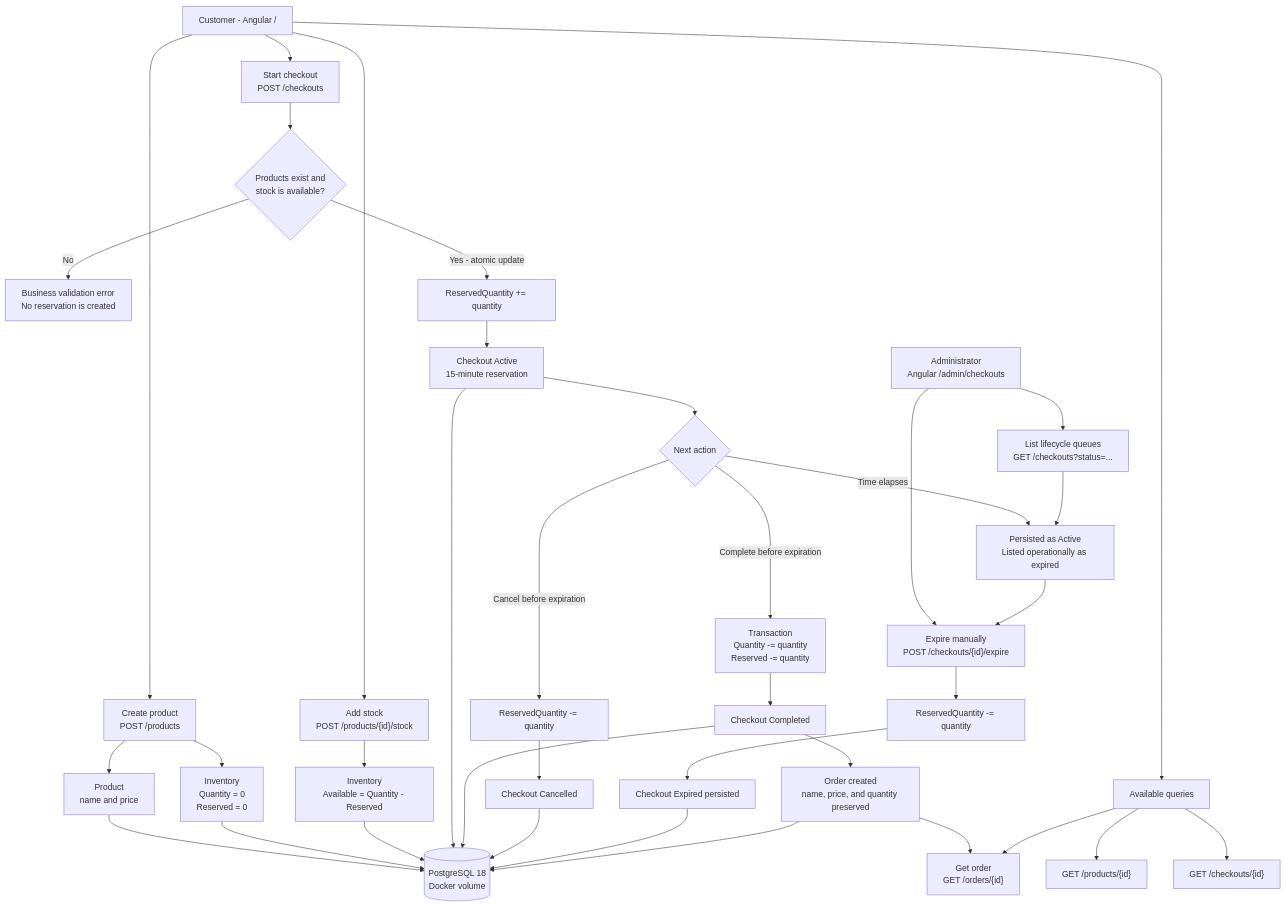
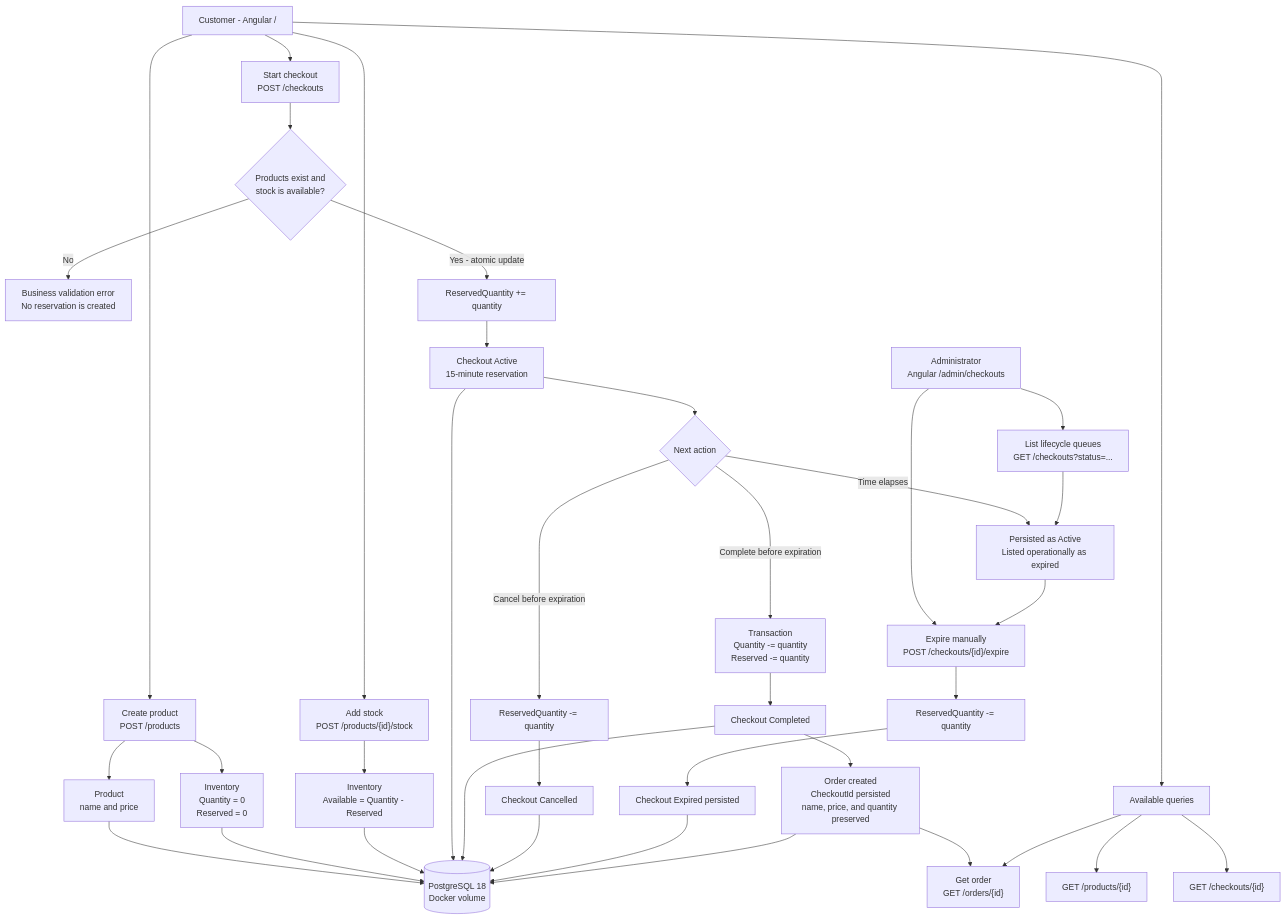
The diagram in docs/reports/SYSTEM_FLOW.md (saulomlcosta/OrderFlow), drawn with Mermaid before and after one commit. The commit also changed other lines of this file and 14 other files, not shown here.

````diff
--- a/docs/reports/SYSTEM_FLOW.md
+++ b/docs/reports/SYSTEM_FLOW.md
@@ -21,48 +21,48 @@
 ```mermaid
 flowchart TD
     User["Customer - Angular / "] --> CreateProduct["Create product<br/>POST /products"]
     CreateProduct --> Product["Product<br/>name and price"]
     CreateProduct --> EmptyInventory["Inventory<br/>Quantity = 0<br/>Reserved = 0"]
 
     User --> AddStock["Add stock<br/>POST /products/{id}/stock"]
     AddStock --> Inventory["Inventory<br/>Available = Quantity - Reserved"]
 
     User --> StartCheckout["Start checkout<br/>POST /checkouts"]
     StartCheckout --> Validate{"Products exist and<br/>stock is available?"}
 
     Validate -->|No| BusinessError["Business validation error<br/>No reservation is created"]
     Validate -->|Yes - atomic update| Reserve["ReservedQuantity += quantity"]
     Reserve --> Active["Checkout Active<br/>15-minute reservation"]
 
     Active --> Action{"Next action"}
 
     Action -->|Complete before expiration| ConfirmStock["Transaction<br/>Quantity -= quantity<br/>Reserved -= quantity"]
     ConfirmStock --> Completed["Checkout Completed"]
-    Completed --> Order["Order created<br/>name, price, and quantity preserved"]
+    Completed --> Order["Order created<br/>CheckoutId persisted<br/>name, price, and quantity preserved"]
     Order --> GetOrder["Get order<br/>GET /orders/{id}"]
 
     Action -->|Cancel before expiration| Cancel["ReservedQuantity -= quantity"]
     Cancel --> Cancelled["Checkout Cancelled"]
 
     Action -->|Time elapses| OperationalExpired["Persisted as Active<br/>Listed operationally as expired"]
     Admin["Administrator<br/>Angular /admin/checkouts"] --> List["List lifecycle queues<br/>GET /checkouts?status=..."]
     List --> OperationalExpired
     Admin --> Expire["Expire manually<br/>POST /checkouts/{id}/expire"]
     OperationalExpired --> Expire
     Expire --> Release["ReservedQuantity -= quantity"]
     Release --> Expired["Checkout Expired persisted"]
 
     Product --> Db[("PostgreSQL 18<br/>Docker volume")]
     EmptyInventory --> Db
     Inventory --> Db
     Active --> Db
     Completed --> Db
     Cancelled --> Db
     Expired --> Db
     Order --> Db
 
     User --> Reads["Available queries"]
     Reads --> GetProduct["GET /products/{id}"]
     Reads --> GetCheckout["GET /checkouts/{id}"]
     Reads --> GetOrder
 ```
````
